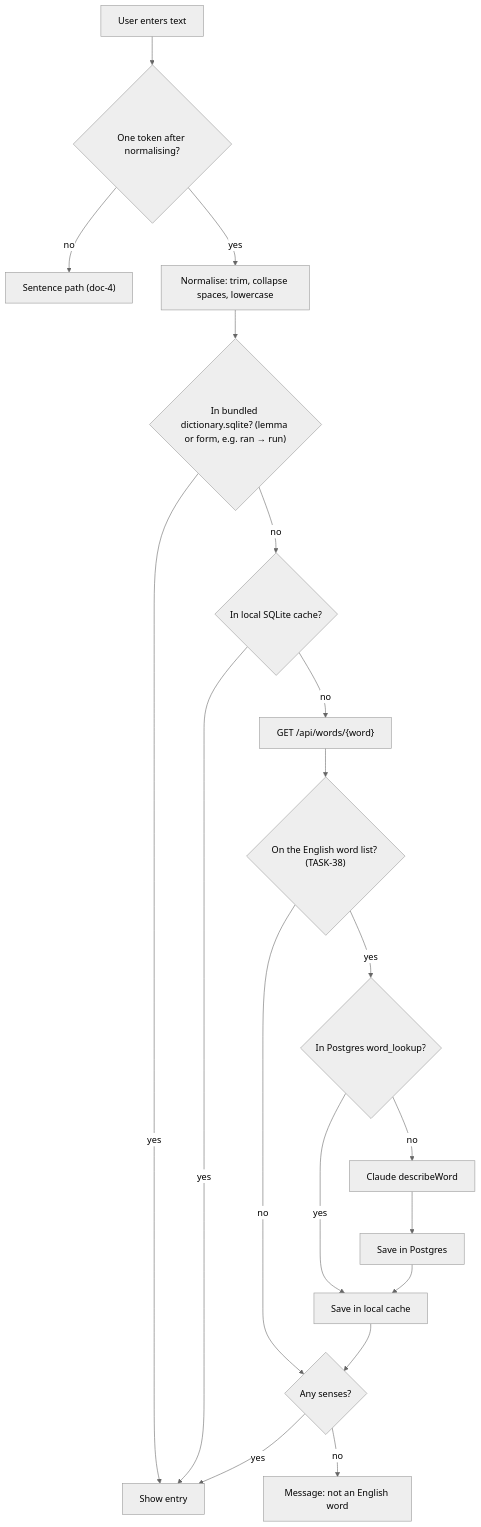
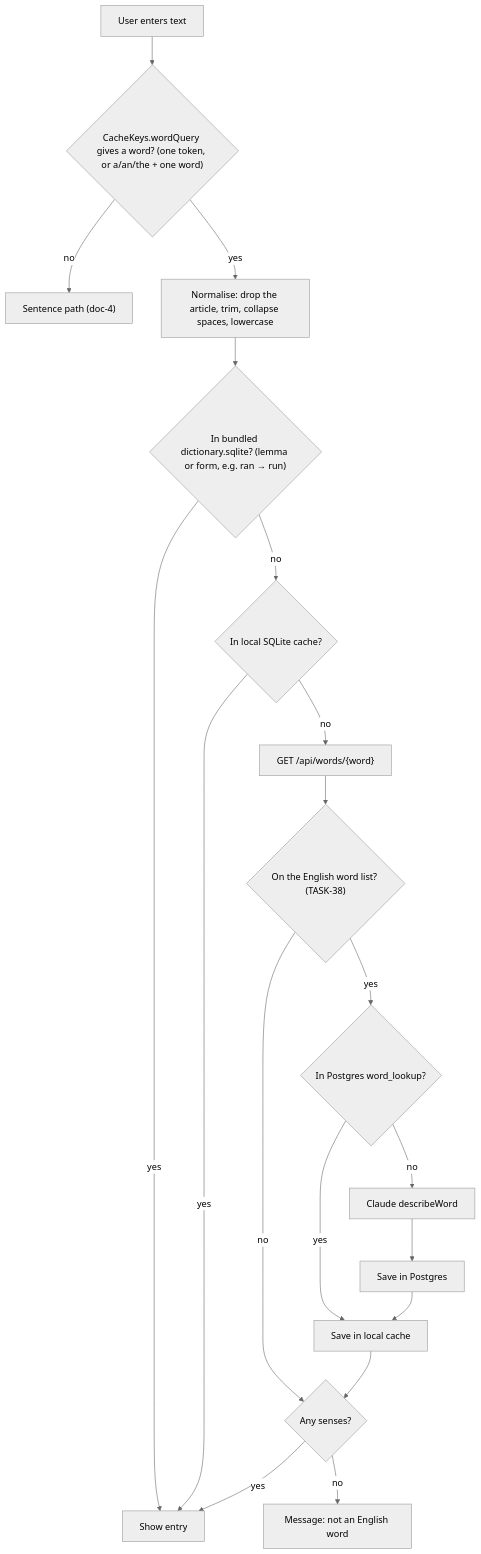
The first of 4 diagrams in backlog/docs/features/doc-5 - Word-lookup.md (tranphuocloc070699/saynata), drawn with Mermaid (neutral theme) before and after one commit. The commit also changed other lines of this file and 5 other files, not shown here.

````diff
--- a/backlog/docs/features/doc-5 - Word-lookup.md
+++ b/backlog/docs/features/doc-5 - Word-lookup.md
@@ -21,19 +21,19 @@
 ```mermaid
 flowchart TD
-    A["User enters text"] --> T{"One token after normalising?"}
+    A["User enters text"] --> T{"CacheKeys.wordQuery gives a word? (one token, or a/an/the + one word)"}
     T -- "no" --> SENT["Sentence path (doc-4)"]
-    T -- yes --> N["Normalise: trim, collapse spaces, lowercase"]
+    T -- yes --> N["Normalise: drop the article, trim, collapse spaces, lowercase"]
     N --> B{"In bundled dictionary.sqlite? (lemma or form, e.g. ran → run)"}
     B -- yes --> SHOW[Show entry]
     B -- no --> L{"In local SQLite cache?"}
     L -- yes --> SHOW
     L -- no --> API["GET /api/words/{word}"]
     API --> WL{"On the English word list? (TASK-38)"}
     WL -- no --> EMPTY
     WL -- yes --> PG{"In Postgres word_lookup?"}
     PG -- yes --> SAVE[Save in local cache]
     PG -- no --> CL[Claude describeWord] --> PGS[Save in Postgres] --> SAVE
     SAVE --> EMPTY{"Any senses?"}
     EMPTY -- yes --> SHOW
     EMPTY -- no --> NOTWORD["Message: not an English word"]
 ```
````
